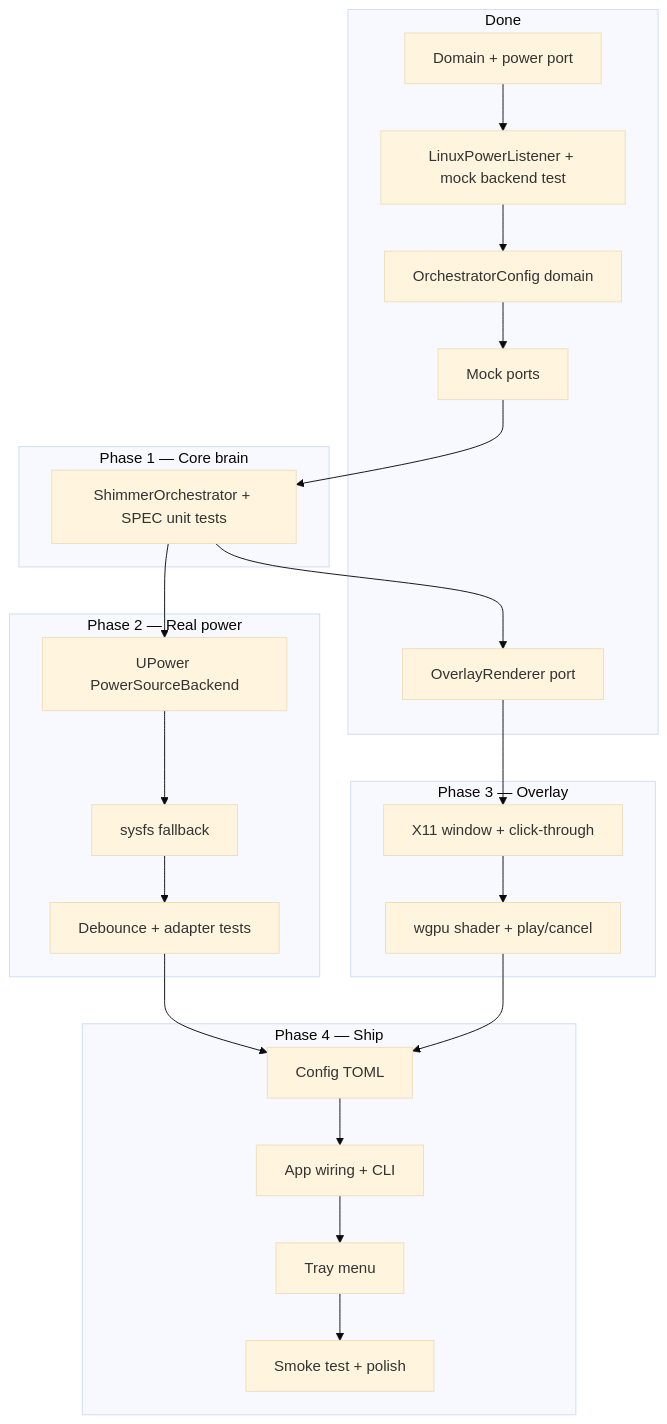
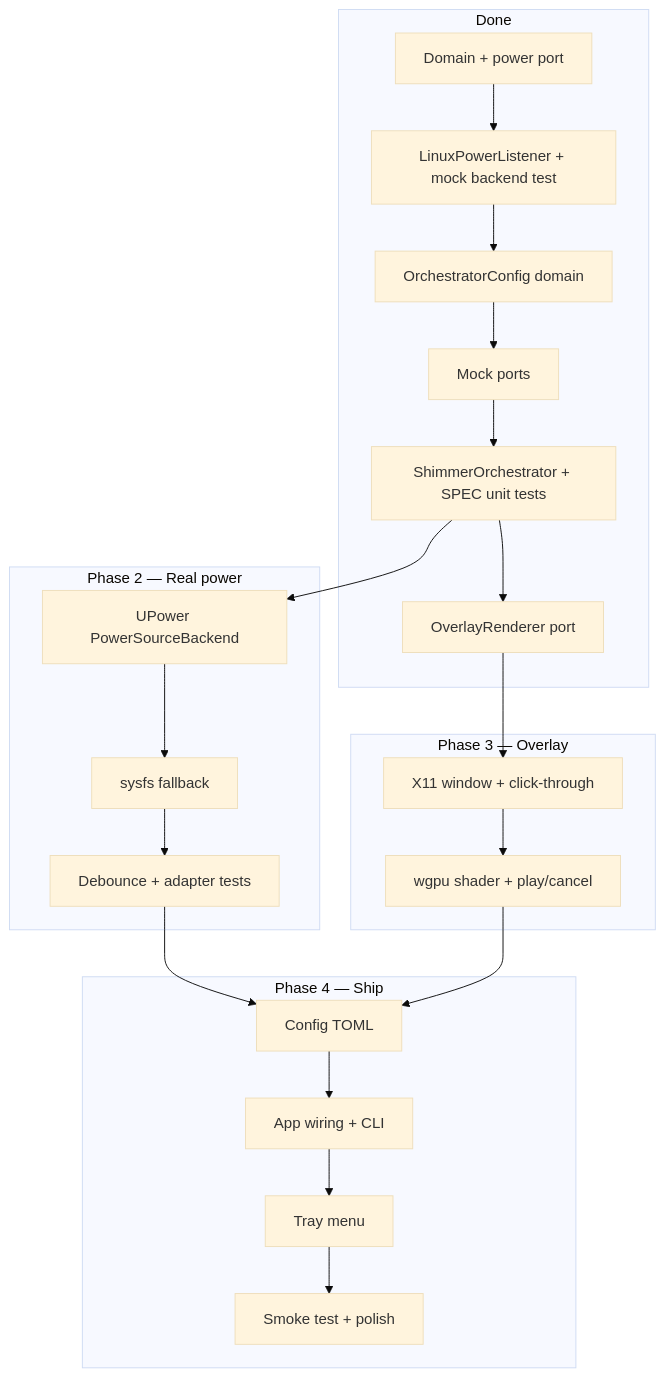
One commit to CraigKnoblauch/power-shimmer changed the diagram in ROADMAP.md. Above: the diagram before and after it, drawn with Mermaid (base theme). The commit also changed other lines of this file and 12 other files, not shown here.

````diff
--- a/ROADMAP.md
+++ b/ROADMAP.md
@@ -52,34 +53,32 @@
 ```mermaid
 flowchart TD
     subgraph done [Done]
         A[Domain + power port]
         B[LinuxPowerListener + mock backend test]
         C[OrchestratorConfig domain]
         D[Mock ports]
         I[OverlayRenderer port]
-    end
-    subgraph p1 [Phase 1 — Core brain]
         E[ShimmerOrchestrator + SPEC unit tests]
     end
     subgraph p2 [Phase 2 — Real power]
         F[UPower PowerSourceBackend]
         G[sysfs fallback]
         H[Debounce + adapter tests]
     end
     subgraph p3 [Phase 3 — Overlay]
         J[X11 window + click-through]
         K[wgpu shader + play/cancel]
     end
     subgraph p4 [Phase 4 — Ship]
         L[Config TOML]
         M[App wiring + CLI]
         N[Tray menu]
         O[Smoke test + polish]
     end
     A --> B --> C --> D --> E
     E --> F --> G --> H
     E --> I --> J --> K
     H --> L
     K --> L
     L --> M --> N --> O
 ```
````
